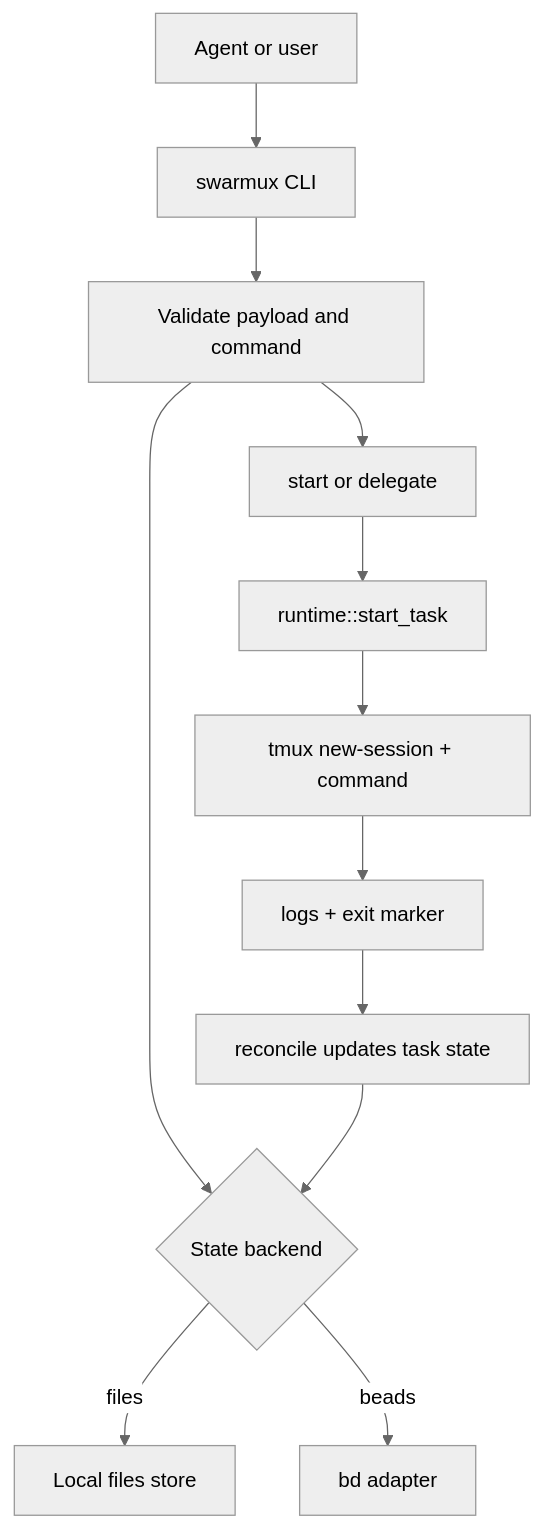
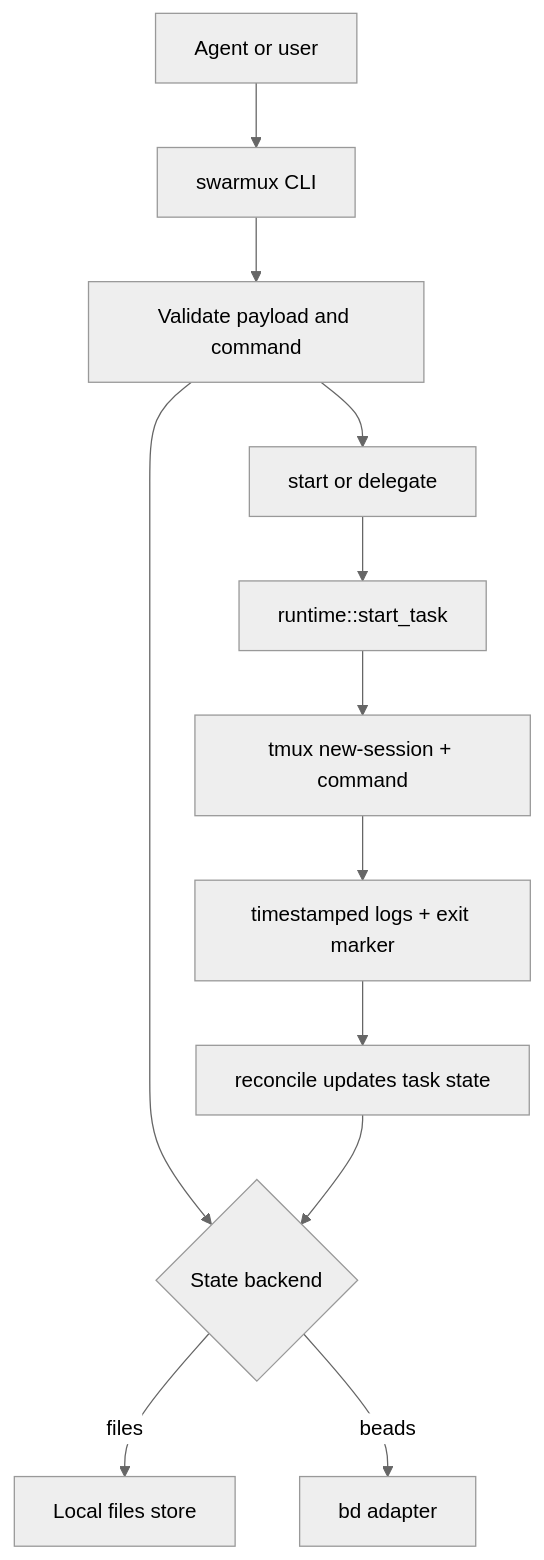
Before and after one commit to soolaxx/swarmux: the diagram in README.md, drawn with Mermaid (neutral theme). The commit also changed other lines of this file and 3 other files, not shown here.

````diff
--- a/README.md
+++ b/README.md
@@ -96,15 +107,15 @@
 ```mermaid
 flowchart TD
     A[Agent or user] --> B[swarmux CLI]
     B --> C[Validate payload and command]
     C --> D{State backend}
     D -->|files| E[Local files store]
     D -->|beads| F[bd adapter]
 
     C --> G[start or delegate]
     G --> H[runtime::start_task]
     H --> I["tmux new-session + command"]
-    I --> L[logs + exit marker]
+    I --> L[timestamped logs + exit marker]
     L --> M[reconcile updates task state]
     M --> D
 ```
````
